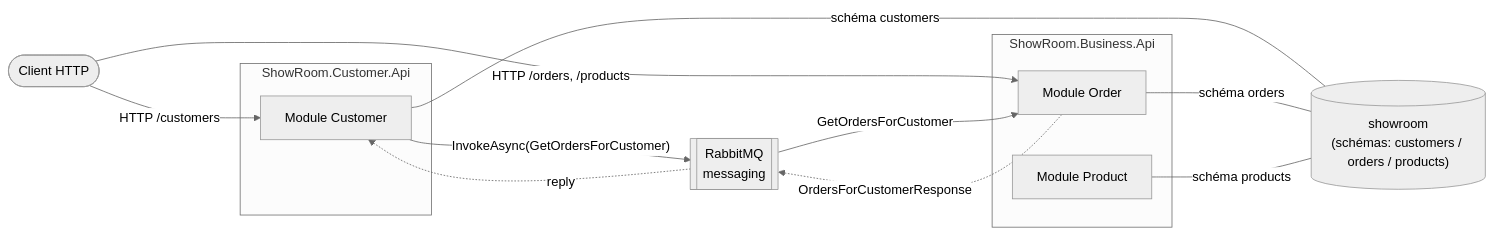
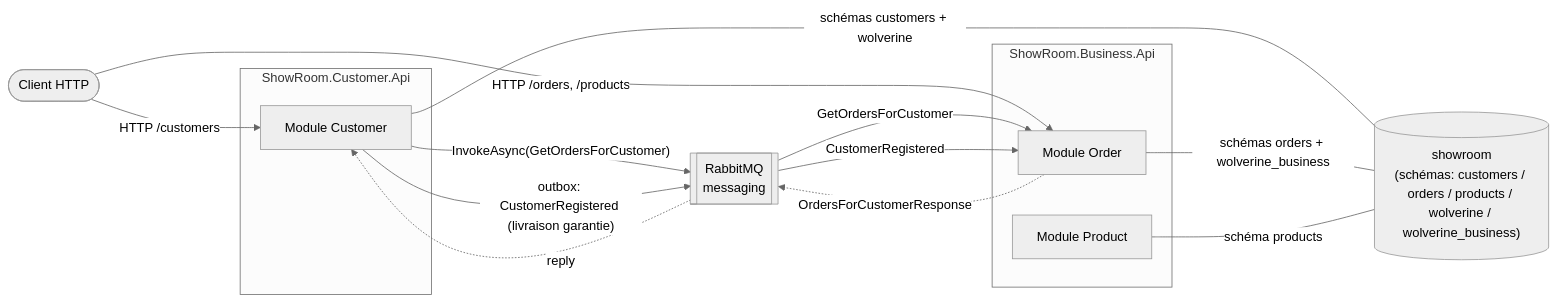
Before and after one commit to oliviermalea/pops-showroom: the diagram in README.md, drawn with Mermaid (neutral theme). The commit also changed other lines of this file and 49 other files, not shown here.

First line of the commit message:
Gestion outbox Wolverine pour IntegrationEvents + tests E2E

````diff
--- a/README.md
+++ b/README.md
@@ -37,27 +46,30 @@
 ```mermaid
 flowchart LR
     client([Client HTTP])
 
     subgraph customer[ShowRoom.Customer.Api]
         cust[Module Customer]
     end
     subgraph business[ShowRoom.Business.Api]
         ord[Module Order]
         prod[Module Product]
     end
 
     rabbit[[RabbitMQ<br/>messaging]]
-    db[("showroom<br/>(schémas: customers / orders / products)")]
+    db[("showroom<br/>(schémas: customers / orders / products / wolverine / wolverine_business)")]
 
     client -->|HTTP /customers| cust
     client -->|HTTP /orders, /products| ord
 
     cust -->|"InvokeAsync(GetOrdersForCustomer)"| rabbit
     rabbit -->|GetOrdersForCustomer| ord
     ord -.->|OrdersForCustomerResponse| rabbit
     rabbit -.->|reply| cust
 
-    cust ---|schéma customers| db
-    ord ---|schéma orders| db
+    cust -->|"outbox: CustomerRegistered (livraison garantie)"| rabbit
+    rabbit -->|CustomerRegistered| ord
+
+    cust ---|schémas customers + wolverine| db
+    ord ---|schémas orders + wolverine_business| db
     prod ---|schéma products| db
 ```
````
